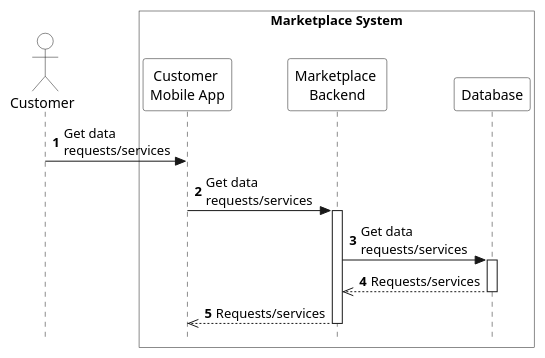
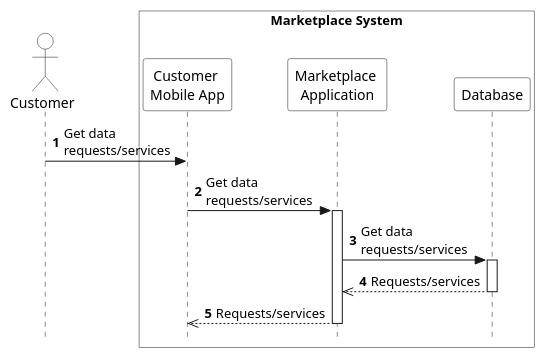
One commit to eddie-energy/architecture changed the diagram in arc42/marketplace/runtime-view/figures/marketplace-browse-requests.puml. Above: the diagram before and after it, drawn with PlantUML. The commit also changed 17 other files, not shown here.

Commit message:
Part of #82: renamed Marketplace Backend to Marketplace Application. Updated workflows in Runtime View.

```diff
--- a/arc42/marketplace/runtime-view/figures/marketplace-browse-requests.puml
+++ b/arc42/marketplace/runtime-view/figures/marketplace-browse-requests.puml
@@ -1,29 +1,29 @@
 @startuml marketplace-browse-requests
 
 skinparam style strictuml
 skinparam sequence {
   ParticipantBackgroundColor transparent
   ActorBackgroundColor transparent
 }
 
 autonumber
 !pragma teoz true
 
 actor "Customer" as customer
 box "Marketplace System" #transparent
   participant "Customer \nMobile App" as app
-  participant "Marketplace \nBackend" as marketplace
+  participant "Marketplace \nApplication" as marketplace
   participant "Database" as database
 end box
 
 customer -> app : Get data \nrequests/services
 app -> marketplace : Get data \nrequests/services
 activate marketplace
 marketplace -> database : Get data \nrequests/services
 activate database
 database -->> marketplace : Requests/services
 deactivate database
 marketplace -->> app : Requests/services
 deactivate marketplace
 
 @enduml
```
